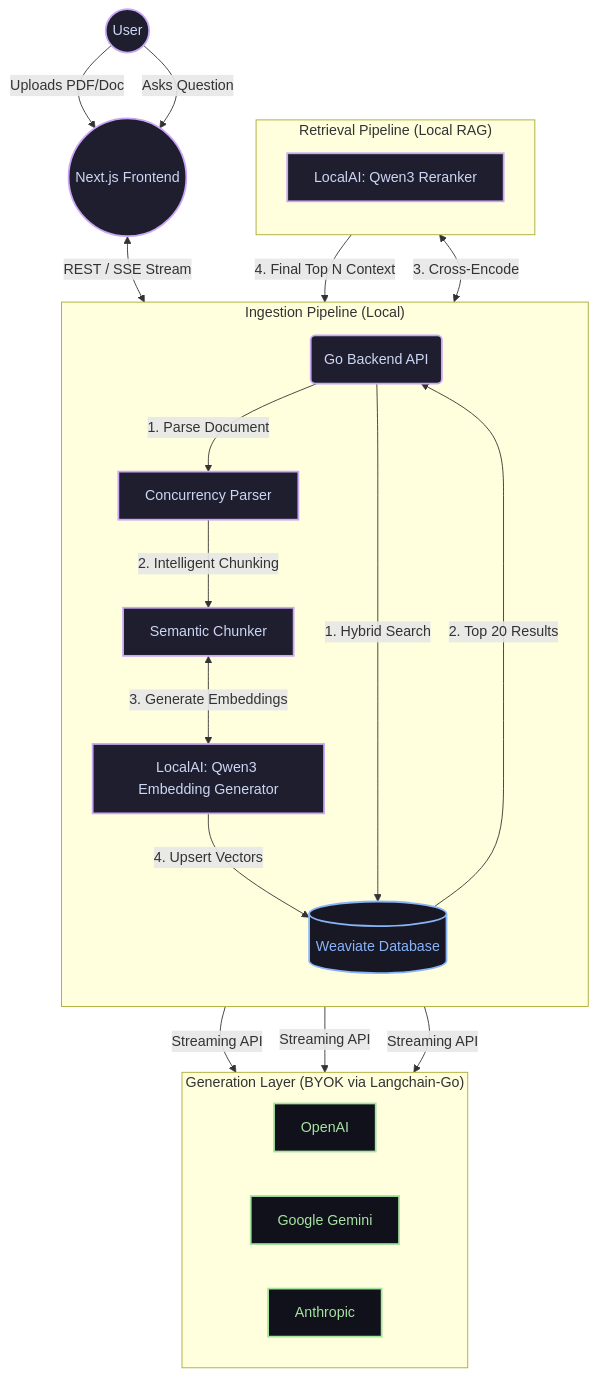
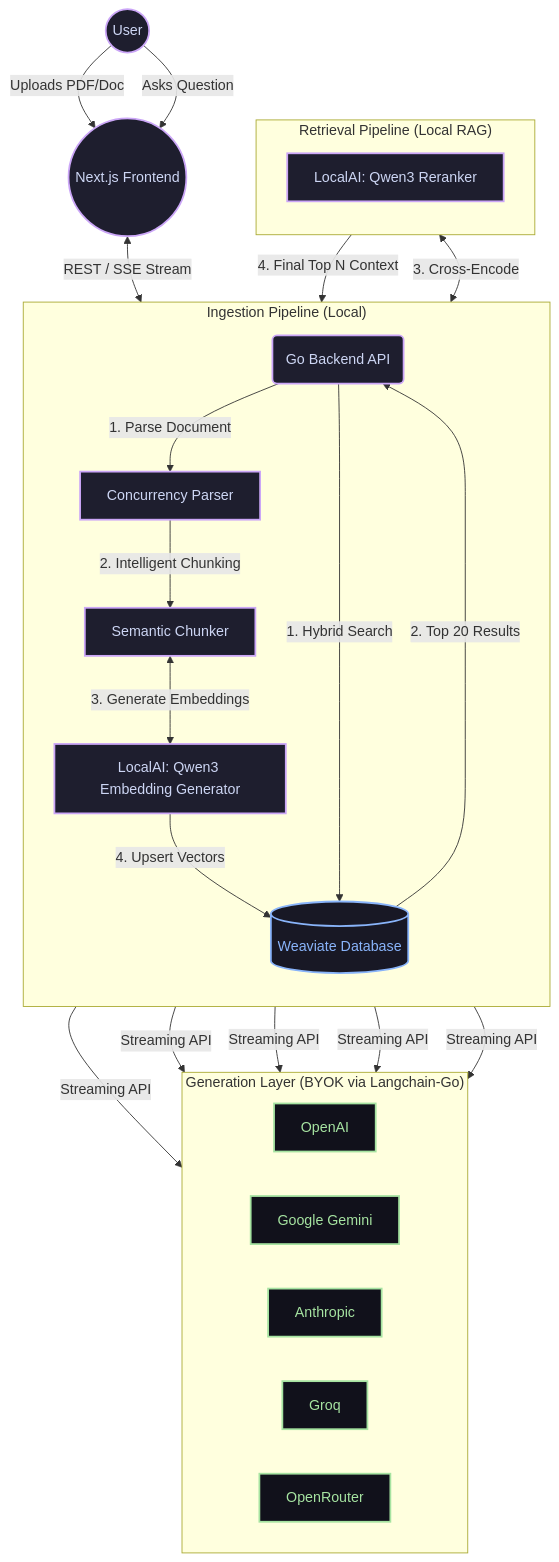
One commit to RobinMillford/GopherNotebook changed the diagram in README.md. Above: the diagram before and after it, drawn with Mermaid. The commit also changed other lines of this file, not shown here.

````diff
--- a/README.md
+++ b/README.md
@@ -27,39 +29,41 @@
 ```mermaid
 graph TD
     classDef default fill:#1e1e2e,stroke:#cba6f7,stroke-width:2px,color:#cdd6f4;
     classDef database fill:#181825,stroke:#89b4fa,stroke-width:2px,color:#89b4fa;
     classDef external fill:#11111b,stroke:#a6e3a1,stroke-width:2px,color:#a6e3a1;
 
     %% User Interaction
     User((User)) -->|Uploads PDF/Doc| UI((Next.js Frontend))
     User -->|Asks Question| UI
     
     %% API Gateway Layer
     UI <-->|REST / SSE Stream| Go(Go Backend API)
 
     %% Ingestion Pipeline
     subgraph INGESTION["Ingestion Pipeline (Local)"]
         direction TB
         Go -->|1. Parse Document| Parser[Concurrency Parser]
         Parser -->|2. Intelligent Chunking| Chunker[Semantic Chunker]
-        Chunker <-->|3. Generate Embeddings| LocalEmb[LocalAI: Qwen3 Embedding Generator]
+        Chunker <-->|3. Generate Embeddings| LocalEmb["LocalAI: Qwen3 Embedding Generator"]
         LocalEmb -->|4. Upsert Vectors| Weaviate[(Weaviate Database)]:::database
     end
 
     %% Retrieval Pipeline
     subgraph RETRIEVAL["Retrieval Pipeline (Local RAG)"]
         direction TB
         Go -->|1. Hybrid Search| Weaviate
         Weaviate -->|2. Top 20 Results| Go
-        Go <-->|3. Cross-Encode| LocalRerank[LocalAI: Qwen3 Reranker]
+        Go <-->|3. Cross-Encode| LocalRerank["LocalAI: Qwen3 Reranker"]
         LocalRerank -->|4. Final Top N Context| Go
     end
     
     %% LLM Generation
     subgraph GENERATION["Generation Layer (BYOK via Langchain-Go)"]
         direction LR
         Go -->|"Streaming API"| OpenAI[OpenAI]:::external
         Go -->|"Streaming API"| Gemini[Google Gemini]:::external
         Go -->|"Streaming API"| Anthropic[Anthropic]:::external
+        Go -->|"Streaming API"| Groq[Groq]:::external
+        Go -->|"Streaming API"| OpenRouter[OpenRouter]:::external
     end
 ```
````
